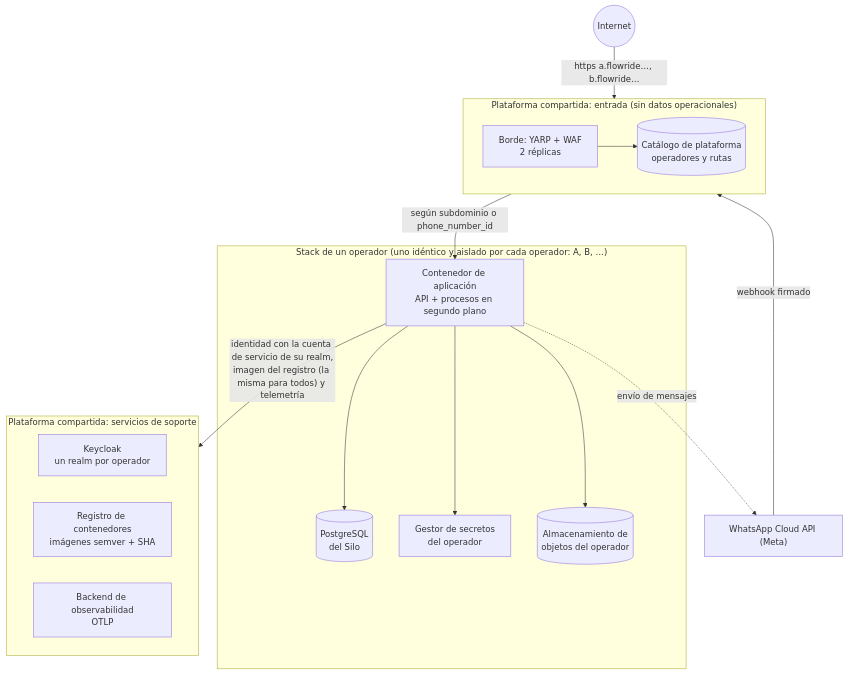
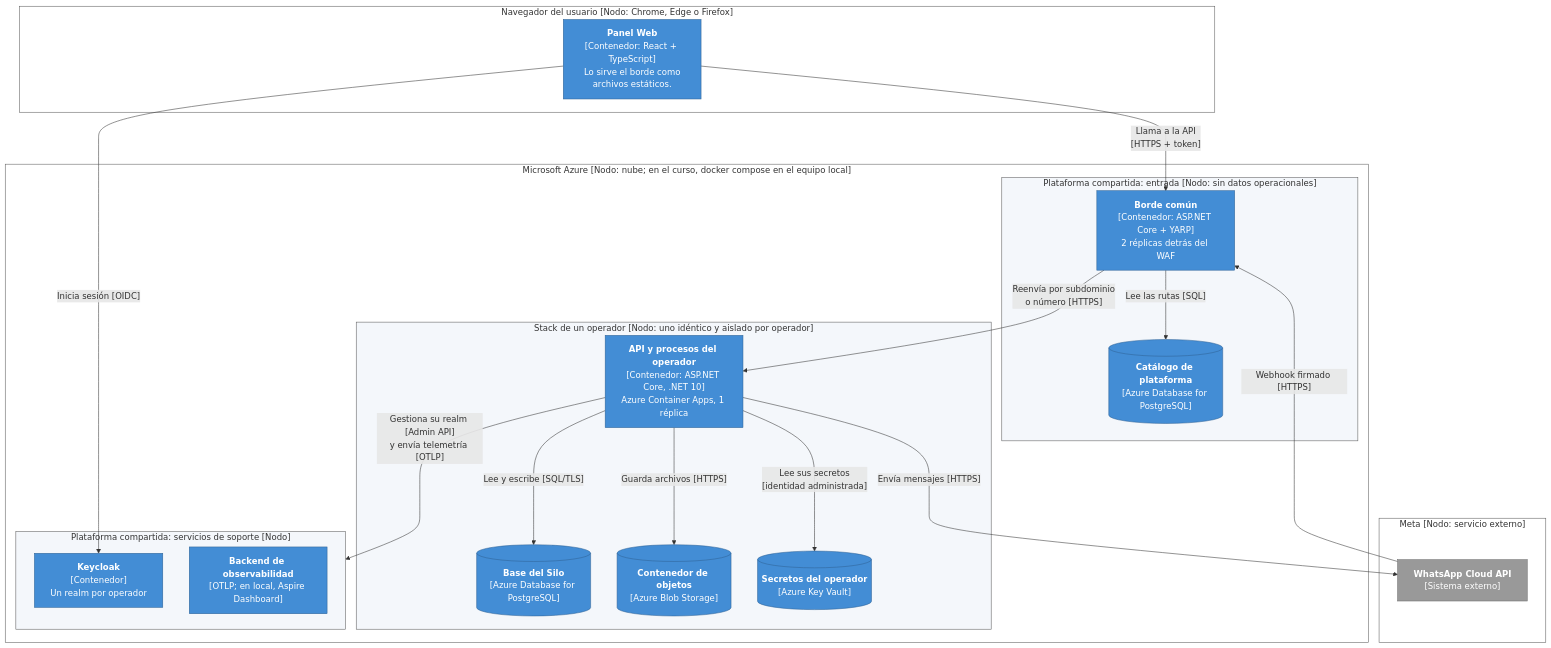
Before and after one commit to jhonnyebc/FlowRide: the tenth of 10 diagrams in docs/DAS.md, drawn with Mermaid. The commit also changed other lines of this file and 3 other files, not shown here.

````diff
--- a/docs/DAS.md
+++ b/docs/DAS.md
@@ -1796,35 +1891,49 @@
 ```mermaid
 flowchart TB
-    inet(("Internet"))
-    metaext["WhatsApp Cloud API (Meta)"]
-
-    subgraph entrada["Plataforma compartida: entrada (sin datos operacionales)"]
-        direction LR
-        borde["Borde: YARP + WAF<br/>2 réplicas"]
-        cat[("Catálogo de plataforma<br/>operadores y rutas")]
+    subgraph navegador["Navegador del usuario [Nodo: Chrome, Edge o Firefox]"]
+        panel["<b>Panel Web</b><br/>[Contenedor: React + TypeScript]<br/>Lo sirve el borde como<br/>archivos estáticos."]
     end
 
-    subgraph op["Stack de un operador (uno idéntico y aislado por cada operador: A, B, …)"]
-        app["Contenedor de aplicación<br/>API + procesos en segundo plano"]
-        db[("PostgreSQL<br/>del Silo")]
-        kv["Gestor de secretos<br/>del operador"]
-        ob[("Almacenamiento de<br/>objetos del operador")]
+    subgraph azure["Microsoft Azure [Nodo: nube; en el curso, docker compose en el equipo local]"]
+        subgraph entrada["Plataforma compartida: entrada [Nodo: sin datos operacionales]"]
+            borde["<b>Borde común</b><br/>[Contenedor: ASP.NET Core + YARP]<br/>2 réplicas detrás del WAF"]
+            catalogo[("<b>Catálogo de plataforma</b><br/>[Azure Database for PostgreSQL]")]
+        end
+        subgraph stack["Stack de un operador [Nodo: uno idéntico y aislado por operador]"]
+            api["<b>API y procesos del operador</b><br/>[Contenedor: ASP.NET Core, .NET 10]<br/>Azure Container Apps, 1 réplica"]
+            silo[("<b>Base del Silo</b><br/>[Azure Database for PostgreSQL]")]
+            objetos[("<b>Contenedor de objetos</b><br/>[Azure Blob Storage]")]
+            secretos[("<b>Secretos del operador</b><br/>[Azure Key Vault]")]
+        end
+        subgraph soporte["Plataforma compartida: servicios de soporte [Nodo]"]
+            keycloak["<b>Keycloak</b><br/>[Contenedor]<br/>Un realm por operador"]
+            observabilidad["<b>Backend de observabilidad</b><br/>[OTLP; en local, Aspire Dashboard]"]
+        end
     end
 
-    subgraph soporte["Plataforma compartida: servicios de soporte"]
-        direction LR
-        kc["Keycloak<br/>un realm por operador"]
-        acr["Registro de contenedores<br/>imágenes semver + SHA"]
-        otel["Backend de observabilidad<br/>OTLP"]
+    subgraph meta["Meta [Nodo: servicio externo]"]
+        whatsapp["<b>WhatsApp Cloud API</b><br/>[Sistema externo]"]
     end
 
-    inet -->|"https a.flowride…, b.flowride…"| borde
-    metaext -->|"webhook firmado"| borde
-    borde --> cat
-    borde -->|"según subdominio o phone_number_id"| app
-    app --> db
-    app --> kv
-    app --> ob
-    app -->|"identidad con la cuenta de servicio de su realm,<br/>imagen del registro (la misma para todos) y telemetría"| soporte
-    app -.->|"envío de mensajes"| metaext
+    panel -->|"Llama a la API<br/>[HTTPS + token]"| borde
+    panel -->|"Inicia sesión [OIDC]"| keycloak
+    whatsapp -->|"Webhook firmado [HTTPS]"| borde
+    borde -->|"Lee las rutas [SQL]"| catalogo
+    borde -->|"Reenvía por subdominio<br/>o número [HTTPS]"| api
+    api -->|"Lee y escribe [SQL/TLS]"| silo
+    api -->|"Guarda archivos [HTTPS]"| objetos
+    api -->|"Lee sus secretos<br/>[identidad administrada]"| secretos
+    api -->|"Envía mensajes [HTTPS]"| whatsapp
+    api -->|"Gestiona su realm [Admin API]<br/>y envía telemetría [OTLP]"| soporte
+
+    classDef contenedor fill:#438dd5,stroke:#2e6295,color:#ffffff
+    classDef externo fill:#999999,stroke:#6b6b6b,color:#ffffff
+    class panel,borde,keycloak,catalogo,observabilidad,api,silo,objetos,secretos contenedor
+    class whatsapp externo
+    style navegador fill:#ffffff,stroke:#5a5a5a
+    style meta fill:#ffffff,stroke:#5a5a5a
+    style azure fill:#ffffff,stroke:#5a5a5a
+    style entrada fill:#f4f7fb,stroke:#5a5a5a
+    style soporte fill:#f4f7fb,stroke:#5a5a5a
+    style stack fill:#f4f7fb,stroke:#5a5a5a
 ```
````
